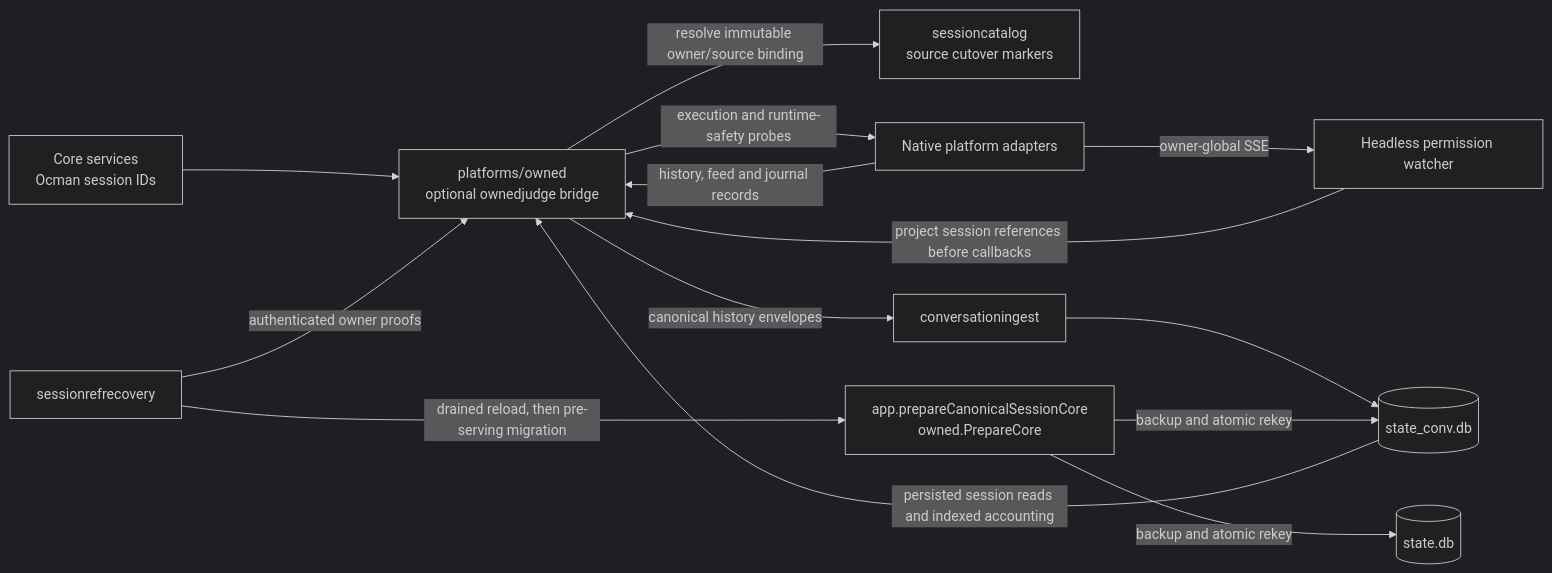
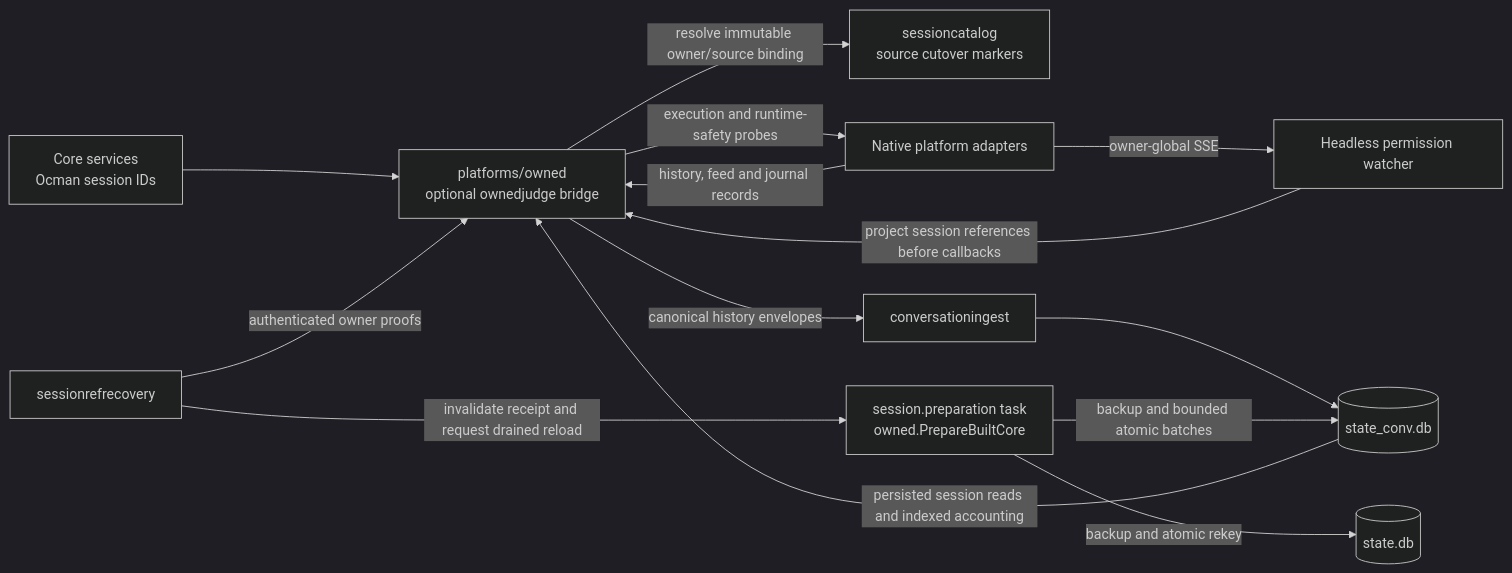
The seventh of 13 diagrams in docs/other/architecture.md (ocman/ocman), drawn with Mermaid (dark theme) before and after one commit. The commit also changed other lines of this file and 34 other files, not shown here.

First line of the commit message:
fix(startup): defer historical session preparation

````diff
--- a/docs/other/architecture.md
+++ b/docs/other/architecture.md
@@ -651,16 +659,16 @@
 ```mermaid
 flowchart LR
     Core[Core services<br/>Ocman session IDs] --> Owned[platforms/owned<br/>optional ownedjudge bridge]
     Owned -->|resolve immutable owner/source binding| Catalogue[sessioncatalog<br/>source cutover markers]
     Owned -->|execution and runtime-safety probes| Native[Native platform adapters]
     Native -->|history, feed and journal records| Owned
     Native -->|owner-global SSE| Watcher[Headless permission watcher]
     Watcher -->|project session references before callbacks| Owned
     Owned -->|canonical history envelopes| Ingest[conversationingest]
     Ingest --> History[(state_conv.db)]
     History -->|persisted session reads and indexed accounting| Owned
-    Migration[app.prepareCanonicalSessionCore<br/>owned.PrepareCore] -->|backup and atomic rekey| History
+    Migration[session.preparation task<br/>owned.PrepareBuiltCore] -->|backup and bounded atomic batches| History
     Migration -->|backup and atomic rekey| State[(state.db)]
     Recovery[sessionrefrecovery] -->|authenticated owner proofs| Owned
-    Recovery -->|drained reload, then pre-serving migration| Migration
+    Recovery -->|invalidate receipt and request drained reload| Migration
 ```
````
